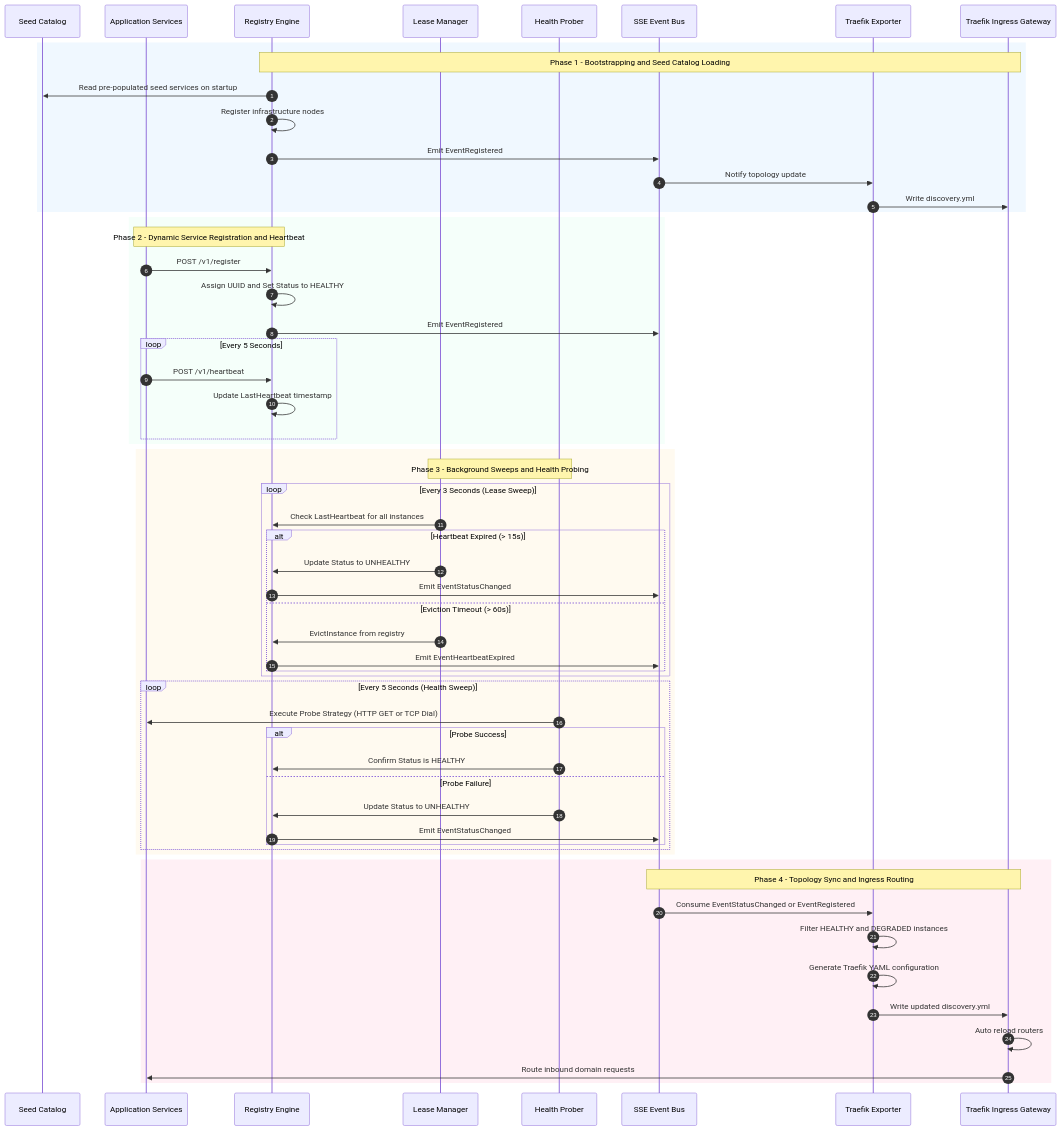
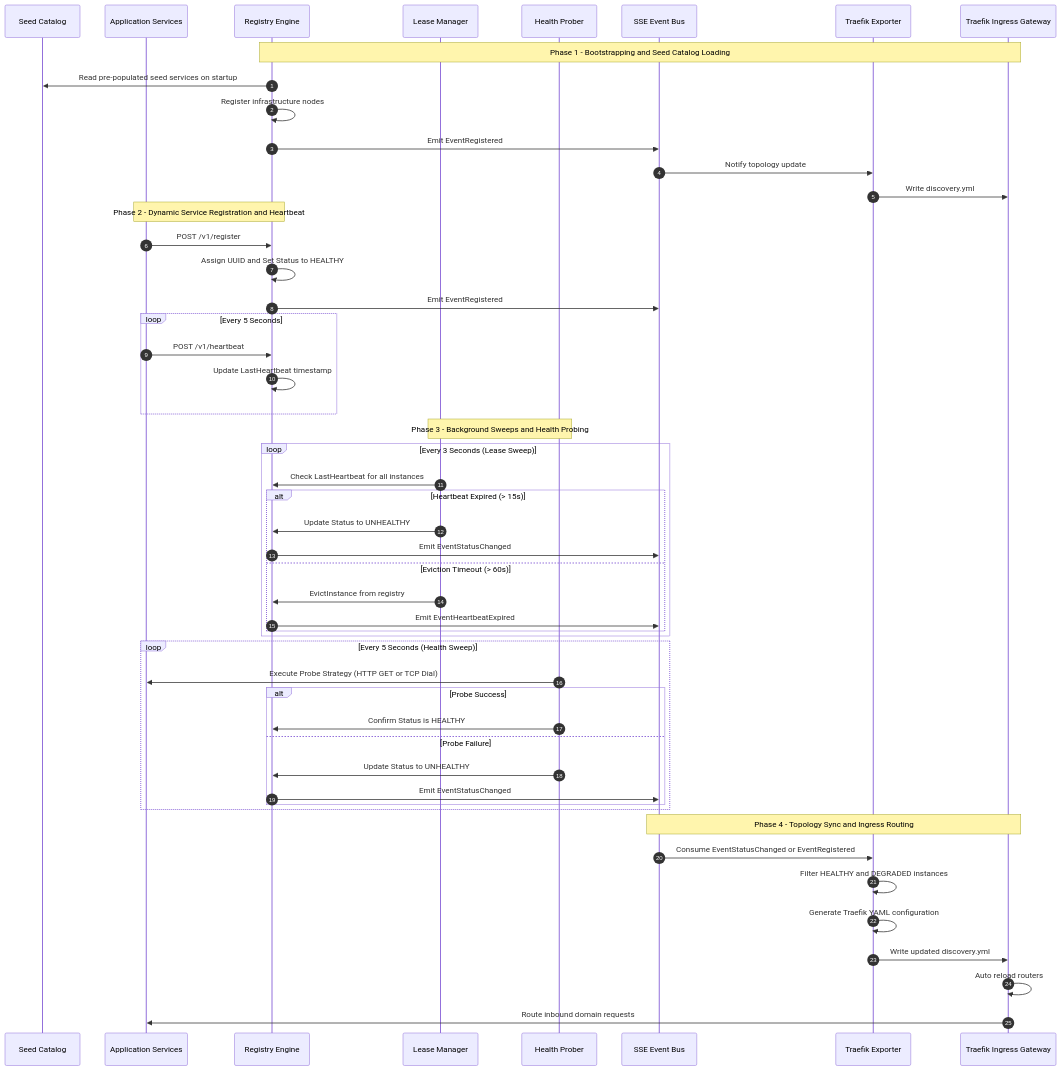
Before and after one commit to Chief-Strategist-J/llm-observability-platform: the second of 6 diagrams in packages/configs/llm-obs-infra/docs/architectureDoc/adr-0009-service-registry-and-discovery.md, drawn with Mermaid. The commit also changed other lines of this file, not shown here.

Commit message:
fix(docs): refactor Mermaid diagrams in ADR-0009 to eliminate subgraph cycle rendering errors

````diff
--- a/packages/configs/llm-obs-infra/docs/architectureDoc/adr-0009-service-registry-and-discovery.md
+++ b/packages/configs/llm-obs-infra/docs/architectureDoc/adr-0009-service-registry-and-discovery.md
@@ -121,66 +121,58 @@
 ```mermaid
 sequenceDiagram
     autonumber
     participant Catalog as Seed Catalog
     participant App as Application Services
     participant Reg as Registry Engine
     participant Lease as Lease Manager
     participant Probe as Health Prober
     participant SSE as SSE Event Bus
     participant TraefikExp as Traefik Exporter
     participant Traefik as Traefik Ingress Gateway
 
-    rect rgb(240, 248, 255)
-        note over Reg, Traefik: Phase 1 - Bootstrapping and Seed Catalog Loading
-        Reg->>Catalog: Read pre-populated seed services on startup
-        Reg->>Reg: Register infrastructure nodes
-        Reg->>SSE: Emit EventRegistered
-        SSE->>TraefikExp: Notify topology update
-        TraefikExp->>Traefik: Write discovery.yml
+    note over Reg, Traefik: Phase 1 - Bootstrapping and Seed Catalog Loading
+    Reg->>Catalog: Read pre-populated seed services on startup
+    Reg->>Reg: Register infrastructure nodes
+    Reg->>SSE: Emit EventRegistered
+    SSE->>TraefikExp: Notify topology update
+    TraefikExp->>Traefik: Write discovery.yml
+
+    note over App, Reg: Phase 2 - Dynamic Service Registration and Heartbeat
+    App->>Reg: POST /v1/register
+    Reg->>Reg: Assign UUID and Set Status to HEALTHY
+    Reg->>SSE: Emit EventRegistered
+    loop Every 5 Seconds
+        App->>Reg: POST /v1/heartbeat
+        Reg->>Reg: Update LastHeartbeat timestamp
     end
 
-    rect rgb(245, 255, 250)
-        note over App, Reg: Phase 2 - Dynamic Service Registration and Heartbeat
-        App->>Reg: POST /v1/register
-        Reg->>Reg: Assign UUID and Set Status to HEALTHY
-        Reg->>SSE: Emit EventRegistered
-        loop Every 5 Seconds
-            App->>Reg: POST /v1/heartbeat
-            Reg->>Reg: Update LastHeartbeat timestamp
+    note over Lease, Probe: Phase 3 - Background Sweeps and Health Probing
+    loop Every 3 Seconds (Lease Sweep)
+        Lease->>Reg: Check LastHeartbeat for all instances
+        alt Heartbeat Expired (> 15s)
+            Lease->>Reg: Update Status to UNHEALTHY
+            Reg->>SSE: Emit EventStatusChanged
+        else Eviction Timeout (> 60s)
+            Lease->>Reg: EvictInstance from registry
+            Reg->>SSE: Emit EventHeartbeatExpired
         end
     end
 
-    rect rgb(255, 250, 240)
-        note over Lease, Probe: Phase 3 - Background Sweeps and Health Probing
-        loop Every 3 Seconds (Lease Sweep)
-            Lease->>Reg: Check LastHeartbeat for all instances
-            alt Heartbeat Expired (> 15s)
-                Lease->>Reg: Update Status to UNHEALTHY
-                Reg->>SSE: Emit EventStatusChanged
-            else Eviction Timeout (> 60s)
-                Lease->>Reg: EvictInstance from registry
-                Reg->>SSE: Emit EventHeartbeatExpired
-            end
-        end
-
-        loop Every 5 Seconds (Health Sweep)
-            Probe->>App: Execute Probe Strategy (HTTP GET or TCP Dial)
-            alt Probe Success
-                Probe->>Reg: Confirm Status is HEALTHY
-            else Probe Failure
-                Probe->>Reg: Update Status to UNHEALTHY
-                Reg->>SSE: Emit EventStatusChanged
-            end
+    loop Every 5 Seconds (Health Sweep)
+        Probe->>App: Execute Probe Strategy (HTTP GET or TCP Dial)
+        alt Probe Success
+            Probe->>Reg: Confirm Status is HEALTHY
+        else Probe Failure
+            Probe->>Reg: Update Status to UNHEALTHY
+            Reg->>SSE: Emit EventStatusChanged
         end
     end
 
-    rect rgb(255, 240, 245)
-        note over SSE, Traefik: Phase 4 - Topology Sync and Ingress Routing
-        SSE->>TraefikExp: Consume EventStatusChanged or EventRegistered
-        TraefikExp->>TraefikExp: Filter HEALTHY and DEGRADED instances
-        TraefikExp->>TraefikExp: Generate Traefik YAML configuration
-        TraefikExp->>Traefik: Write updated discovery.yml
-        Traefik->>Traefik: Auto reload routers
-        Traefik->>App: Route inbound domain requests
-    end
+    note over SSE, Traefik: Phase 4 - Topology Sync and Ingress Routing
+    SSE->>TraefikExp: Consume EventStatusChanged or EventRegistered
+    TraefikExp->>TraefikExp: Filter HEALTHY and DEGRADED instances
+    TraefikExp->>TraefikExp: Generate Traefik YAML configuration
+    TraefikExp->>Traefik: Write updated discovery.yml
+    Traefik->>Traefik: Auto reload routers
+    Traefik->>App: Route inbound domain requests
 ```
````
